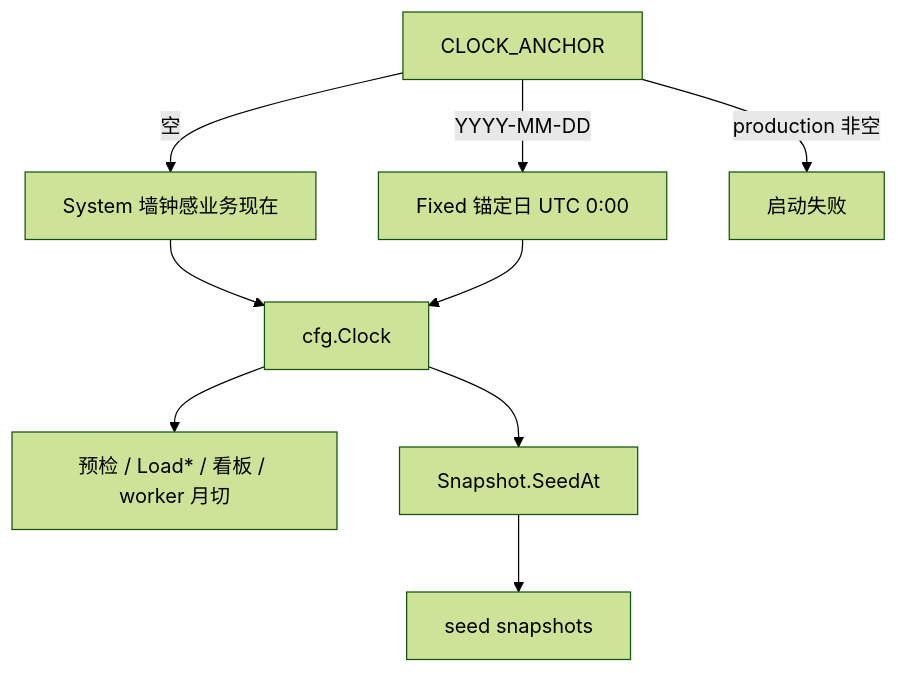
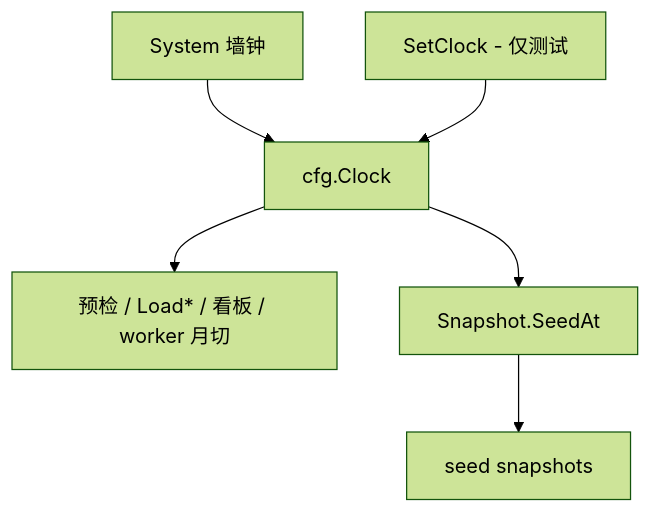
One commit to quyip8818/mytokenjoy changed the eighth of 9 diagrams in apps/docs/Backend-业务时钟与账期.md. Above: the diagram before and after it, drawn with Mermaid (forest theme). The commit also changed other lines of this file and 105 other files, not shown here.

First line of the commit message:
refactor(clock): remove CLOCK_ANCHOR env var, inject clock via constructor

````diff
--- a/apps/docs/Backend-业务时钟与账期.md
+++ b/apps/docs/Backend-业务时钟与账期.md
@@ -223,12 +222,8 @@
 ```mermaid
 flowchart TD
-  Env[CLOCK_ANCHOR]
-  Env -->|空| Sys[System 墙钟感业务现在]
-  Env -->|YYYY-MM-DD| Fix[Fixed 锚定日 UTC 0:00]
-  Env -->|production 非空| Boom[启动失败]
-  Sys --> Clock[cfg.Clock]
-  Fix --> Clock
+  Default[System 墙钟] --> Clock[cfg.Clock]
+  Override[SetClock - 仅测试] --> Clock
   Clock --> Gates[预检 / Load* / 看板 / worker 月切]
   Clock --> SeedAt[Snapshot.SeedAt]
   SeedAt --> Snap[seed snapshots]
 ```
````
